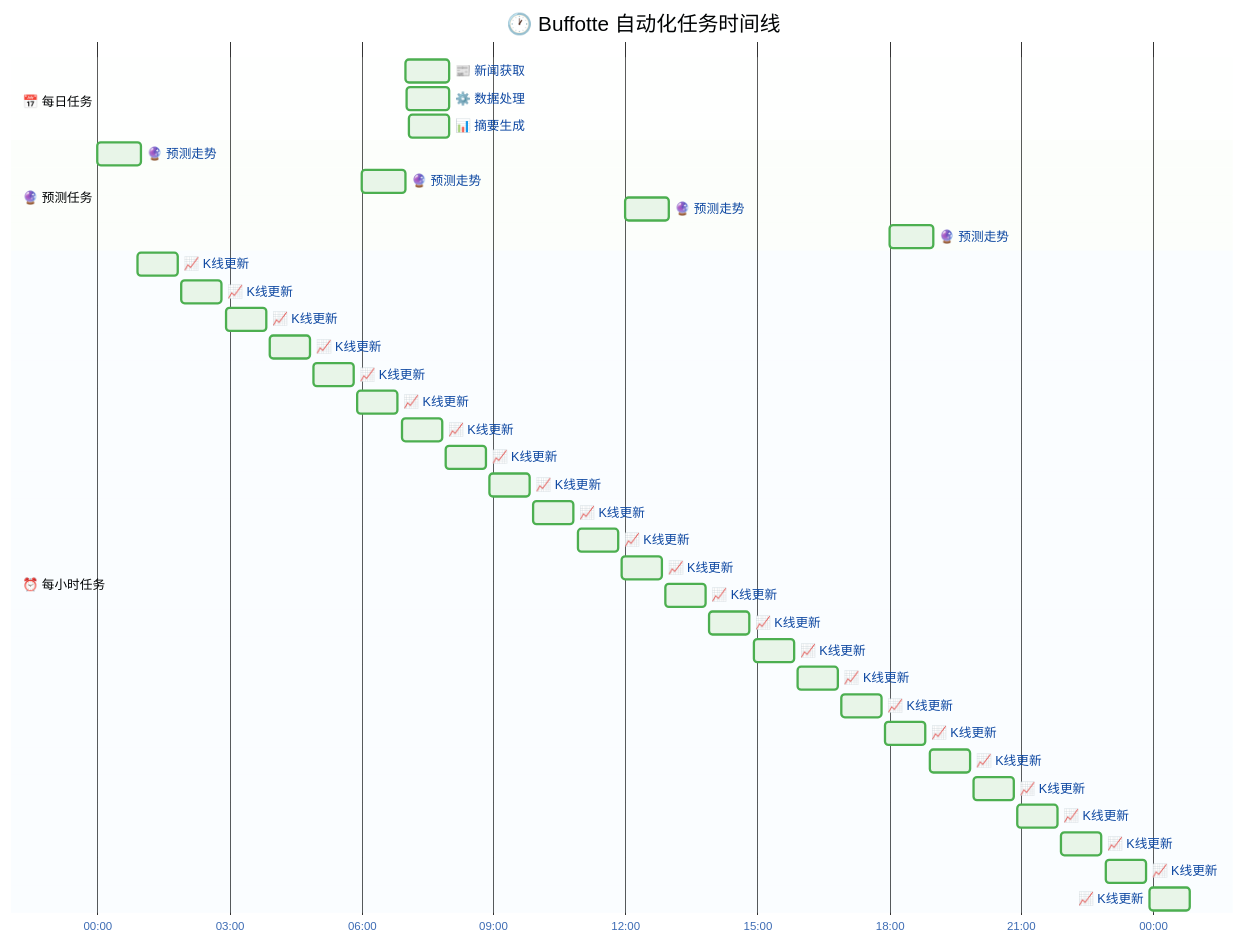
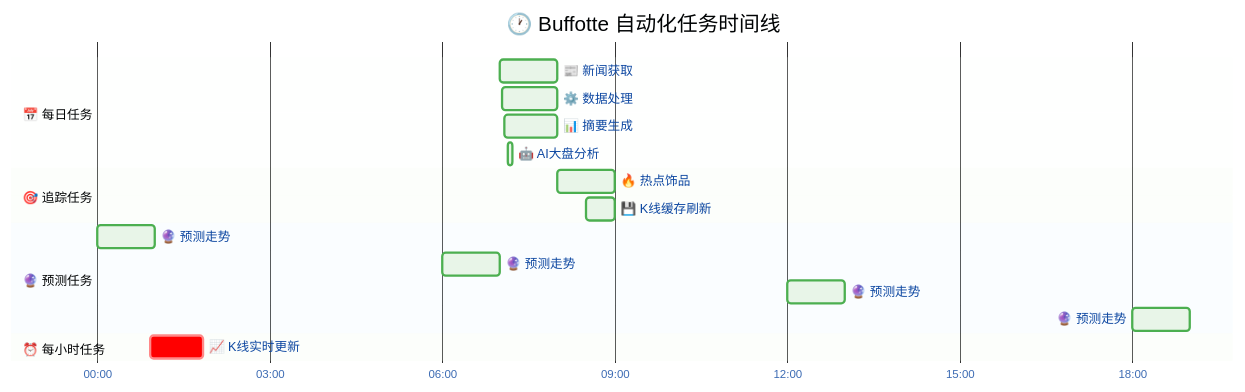
The third of 8 diagrams in README.md (Shr1mpTop/Buffotte), drawn with Mermaid before and after one commit. The commit also changed other lines of this file, not shown here.

````diff
--- a/README.md
+++ b/README.md
@@ -119,61 +124,43 @@
 ```mermaid
 %%{init: {
   'theme': 'base',
   'themeVariables': {
     'primaryColor': '#e3f2fd',
     'primaryTextColor': '#0d47a1',
     'primaryBorderColor': '#2196f3',
     'gridColor': '#bbdefb',
     'todayLineColor': '#f44336',
     'sectionBkgColor': '#f8fff8',
     'altSectionBkgColor': '#f1f8e9',
     'taskBkgColor': '#e8f5e8',
     'taskTextColor': '#1b5e20',
     'taskBorderColor': '#4caf50',
     'activeTaskBkgColor': '#fff3e0',
     'activeTaskBorderColor': '#ff9800'
   }
 }}%%
 gantt
     title 🕐 Buffotte 自动化任务时间线
     dateFormat HH:mm
     axisFormat %H:%M
 
     section 📅 每日任务
     📰 新闻获取     :07:00, 60m
     ⚙️ 数据处理     :07:02, 58m
     📊 摘要生成     :07:05, 55m
+    🤖 AI大盘分析   :07:08, 5m
+
+    section 🎯 追踪任务
+    🔥 热点饰品     :08:00, 60m
+    💾 K线缓存刷新  :08:30, 30m
 
     section 🔮 预测任务
     🔮 预测走势     :00:00, 60m
     🔮 预测走势     :06:00, 60m
     🔮 预测走势     :12:00, 60m
     🔮 预测走势     :18:00, 60m
 
     section ⏰ 每小时任务
-    📈 K线更新      :00:55, 55m
-    📈 K线更新      :01:55, 55m
-    📈 K线更新      :02:55, 55m
-    📈 K线更新      :03:55, 55m
-    📈 K线更新      :04:55, 55m
-    📈 K线更新      :05:55, 55m
-    📈 K线更新      :06:55, 55m
-    📈 K线更新      :07:55, 55m
-    📈 K线更新      :08:55, 55m
-    📈 K线更新      :09:55, 55m
-    📈 K线更新      :10:55, 55m
-    📈 K线更新      :11:55, 55m
-    📈 K线更新      :12:55, 55m
-    📈 K线更新      :13:55, 55m
-    📈 K线更新      :14:55, 55m
-    📈 K线更新      :15:55, 55m
-    📈 K线更新      :16:55, 55m
-    📈 K线更新      :17:55, 55m
-    📈 K线更新      :18:55, 55m
-    📈 K线更新      :19:55, 55m
-    📈 K线更新      :20:55, 55m
-    📈 K线更新      :21:55, 55m
-    📈 K线更新      :22:55, 55m
-    📈 K线更新      :23:55, 55m
+    📈 K线实时更新  :crit, 00:55, 55m
 
 ```
````
